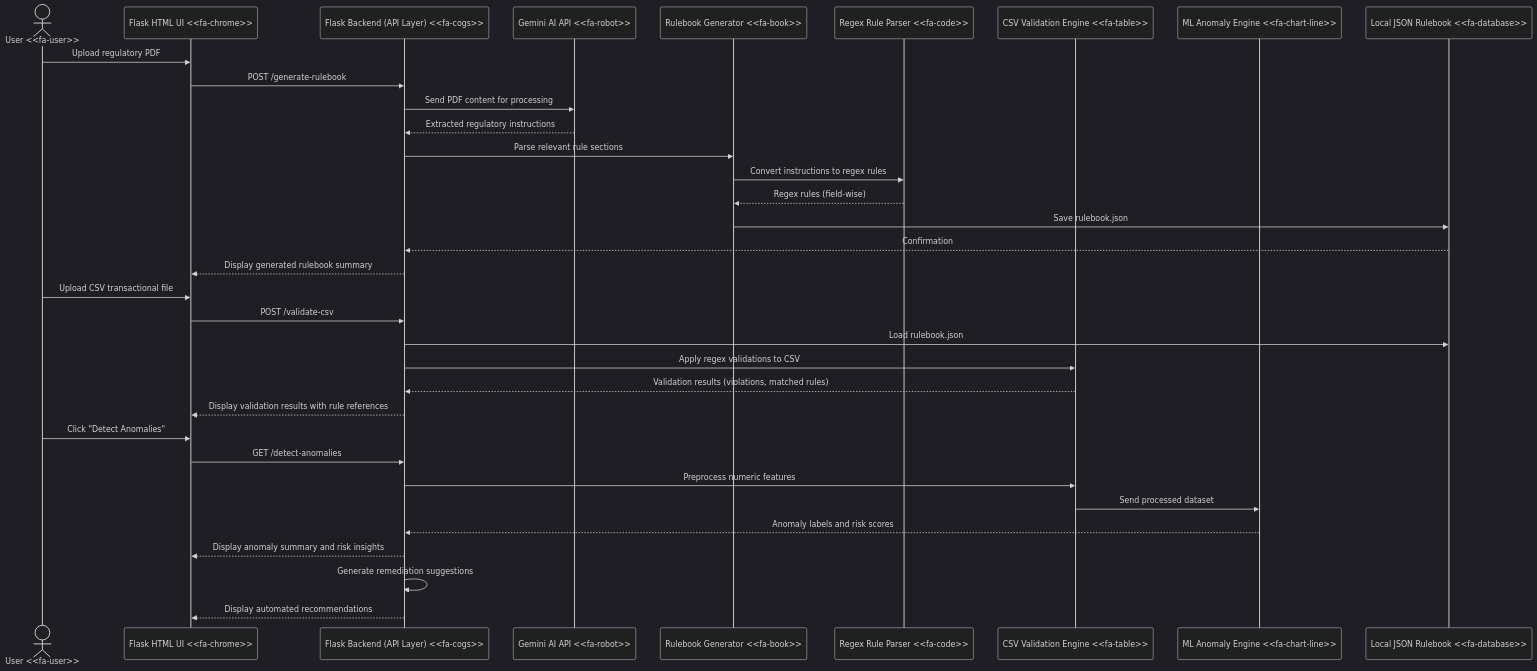
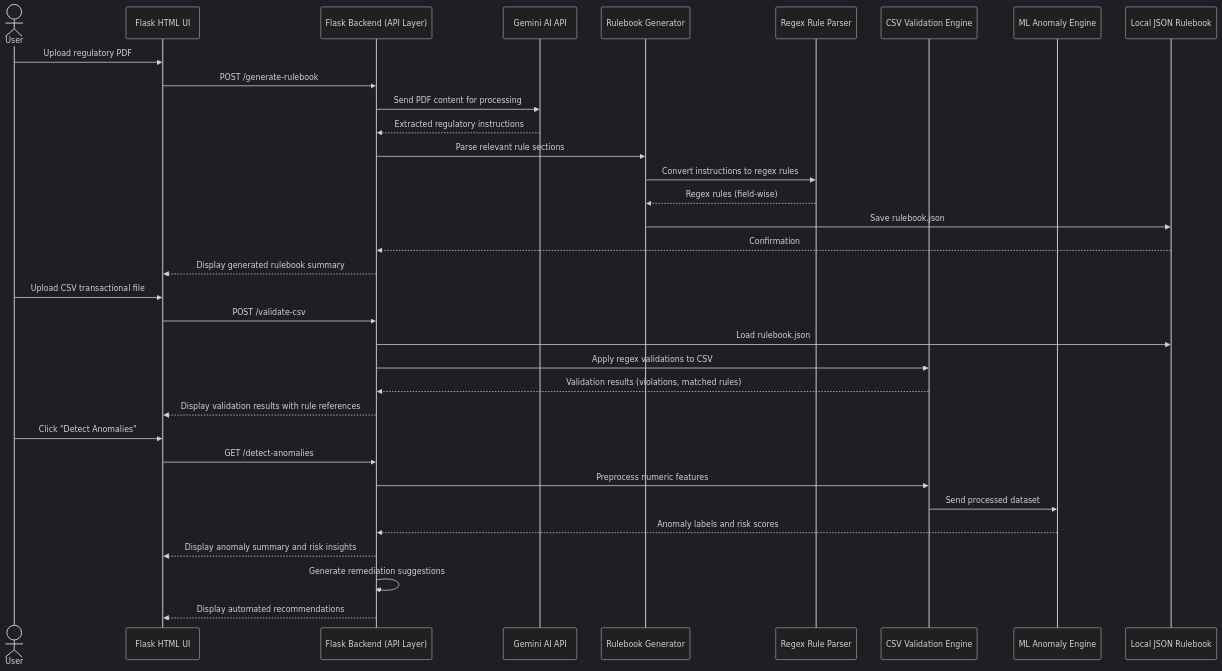
Before and after one commit to ewfx/gaidp-singularity-squad: the first of 2 diagrams in README.md, drawn with Mermaid (dark theme).

````diff
--- a/README.md
+++ b/README.md
@@ -69,46 +69,46 @@
 ```mermaid
 sequenceDiagram
     %% Participants with icons
-    actor User as User <<fa-user>>
-    participant UI as Flask HTML UI <<fa-chrome>>
-    participant Backend as Flask Backend (API Layer) <<fa-cogs>>
-    participant Gemini as Gemini AI API <<fa-robot>>
-    participant RuleEngine as Rulebook Generator <<fa-book>>
-    participant RegexParser as Regex Rule Parser <<fa-code>>
-    participant CSVValidator as CSV Validation Engine <<fa-table>>
-    participant AnomalyDetector as ML Anomaly Engine <<fa-chart-line>>
-    participant JSONStore as Local JSON Rulebook <<fa-database>>
+    actor User as User 
+    participant UI as Flask HTML UI 
+    participant Backend as Flask Backend (API Layer) 
+    participant Gemini as Gemini AI API 
+    participant RuleEngine as Rulebook Generator
+    participant RegexParser as Regex Rule Parser 
+    participant CSVValidator as CSV Validation Engine 
+    participant AnomalyDetector as ML Anomaly Engine 
+    participant JSONStore as Local JSON Rulebook
 
     %% PDF Upload & Rulebook Generation
     User->>UI: Upload regulatory PDF
     UI->>Backend: POST /generate-rulebook
     Backend->>Gemini: Send PDF content for processing
     Gemini-->>Backend: Extracted regulatory instructions
     Backend->>RuleEngine: Parse relevant rule sections
     RuleEngine->>RegexParser: Convert instructions to regex rules
     RegexParser-->>RuleEngine: Regex rules (field-wise)
     RuleEngine->>JSONStore: Save rulebook.json
     JSONStore-->>Backend: Confirmation
     Backend-->>UI: Display generated rulebook summary
 
     %% CSV Upload & Validation
     User->>UI: Upload CSV transactional file
     UI->>Backend: POST /validate-csv
     Backend->>JSONStore: Load rulebook.json
     Backend->>CSVValidator: Apply regex validations to CSV
     CSVValidator-->>Backend: Validation results (violations, matched rules)
     Backend-->>UI: Display validation results with rule references
 
     %% Anomaly Detection
     User->>UI: Click "Detect Anomalies"
     UI->>Backend: GET /detect-anomalies
     Backend->>CSVValidator: Preprocess numeric features
     CSVValidator->>AnomalyDetector: Send processed dataset
     AnomalyDetector-->>Backend: Anomaly labels and risk scores
     Backend-->>UI: Display anomaly summary and risk insights
 
     %% Remediation (Optional)
     Backend->>Backend: Generate remediation suggestions
     Backend-->>UI: Display automated recommendations
 
 ```
````
